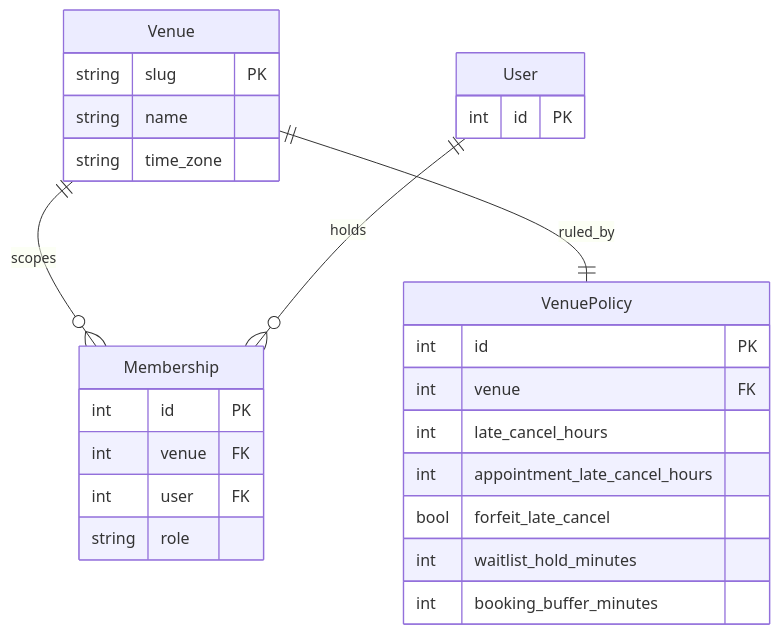
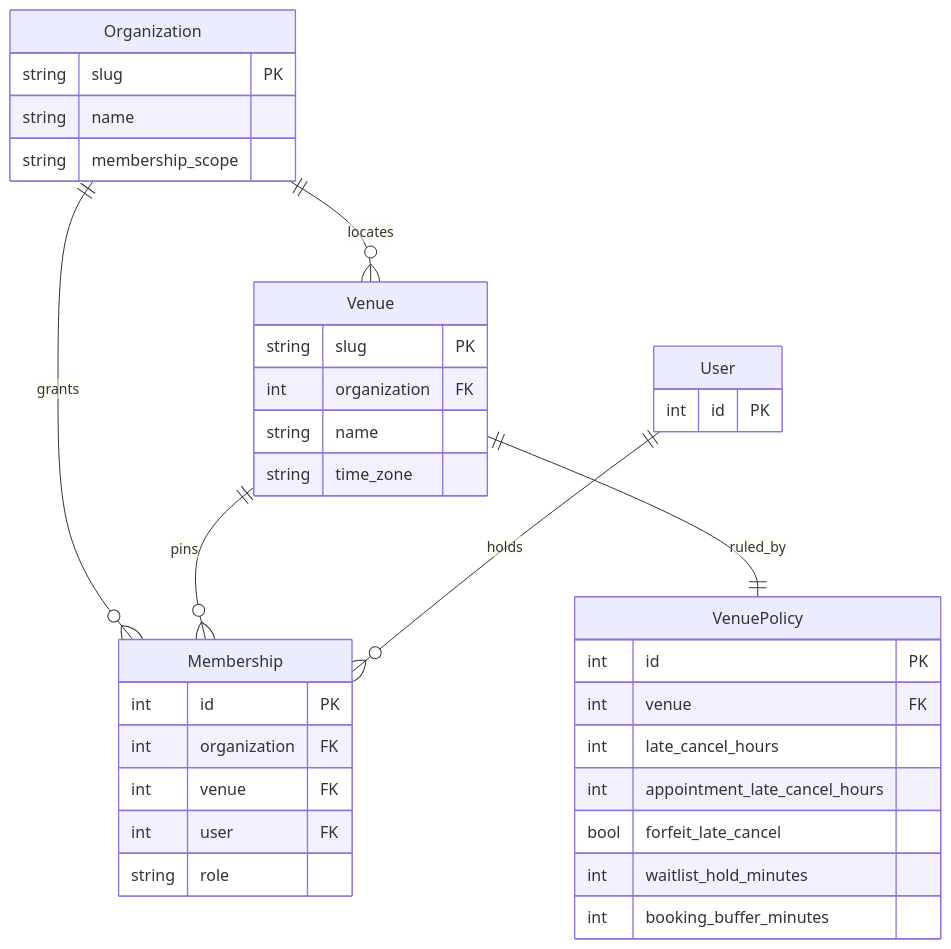
One commit to kevgathuku/bookr changed the first of 7 diagrams in SPEC.md. Above: the diagram before and after it, drawn with Mermaid. The commit also changed other lines of this file and 6 other files, not shown here.

````diff
--- a/SPEC.md
+++ b/SPEC.md
@@ -17,29 +18,38 @@
 ```mermaid
 erDiagram
+    Organization {
+        string slug PK
+        string name
+        string membership_scope
+    }
     Venue {
         string slug PK
+        int organization FK
         string name
         string time_zone
     }
     VenuePolicy {
         int id PK
         int venue FK
         int late_cancel_hours
         int appointment_late_cancel_hours
         bool forfeit_late_cancel
         int waitlist_hold_minutes
         int booking_buffer_minutes
     }
     User {
         int id PK
     }
     Membership {
         int id PK
+        int organization FK
         int venue FK
         int user FK
         string role
     }
-    Venue ||--o{ Membership : scopes
+    Organization ||--o{ Venue : locates
+    Organization ||--o{ Membership : grants
+    Venue ||--o{ Membership : pins
     Venue ||--|| VenuePolicy : ruled_by
     User ||--o{ Membership : holds
 ```
````
